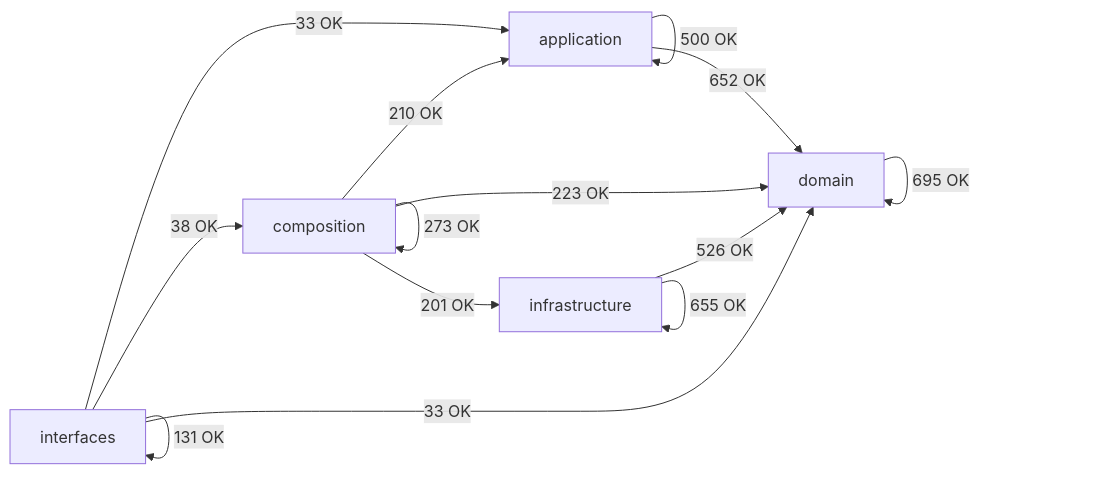
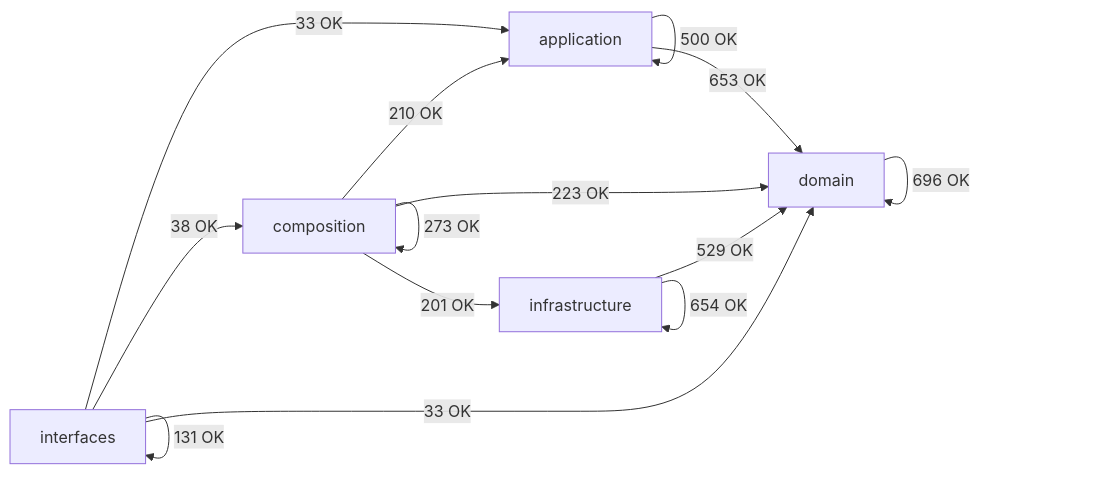
One commit to SatoryKono/BioactivityDataAcquisition changed the diagram in docs/02-architecture/generated/module-dependency-map.md. Above: the diagram before and after it, drawn with Mermaid. The commit also changed other lines of this file and 13 other files, not shown here.

````diff
--- a/docs/02-architecture/generated/module-dependency-map.md
+++ b/docs/02-architecture/generated/module-dependency-map.md
@@ -16,21 +16,21 @@
 ```mermaid
 flowchart LR
     domain[domain]
     application[application]
     infrastructure[infrastructure]
     composition[composition]
     interfaces[interfaces]
     application -->|500 OK| application
-    application -->|652 OK| domain
+    application -->|653 OK| domain
     composition -->|210 OK| application
     composition -->|273 OK| composition
     composition -->|223 OK| domain
     composition -->|201 OK| infrastructure
-    domain -->|695 OK| domain
-    infrastructure -->|526 OK| domain
-    infrastructure -->|655 OK| infrastructure
+    domain -->|696 OK| domain
+    infrastructure -->|529 OK| domain
+    infrastructure -->|654 OK| infrastructure
     interfaces -->|33 OK| application
     interfaces -->|38 OK| composition
     interfaces -->|33 OK| domain
     interfaces -->|131 OK| interfaces
 ```
````
